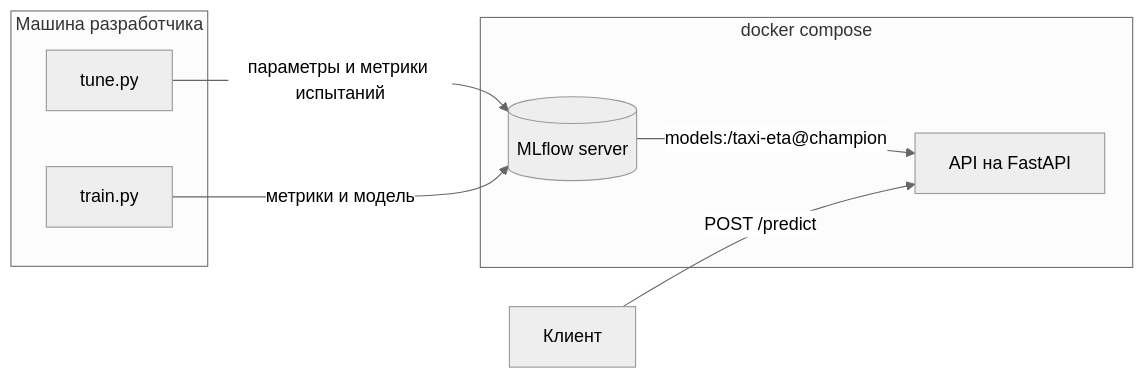
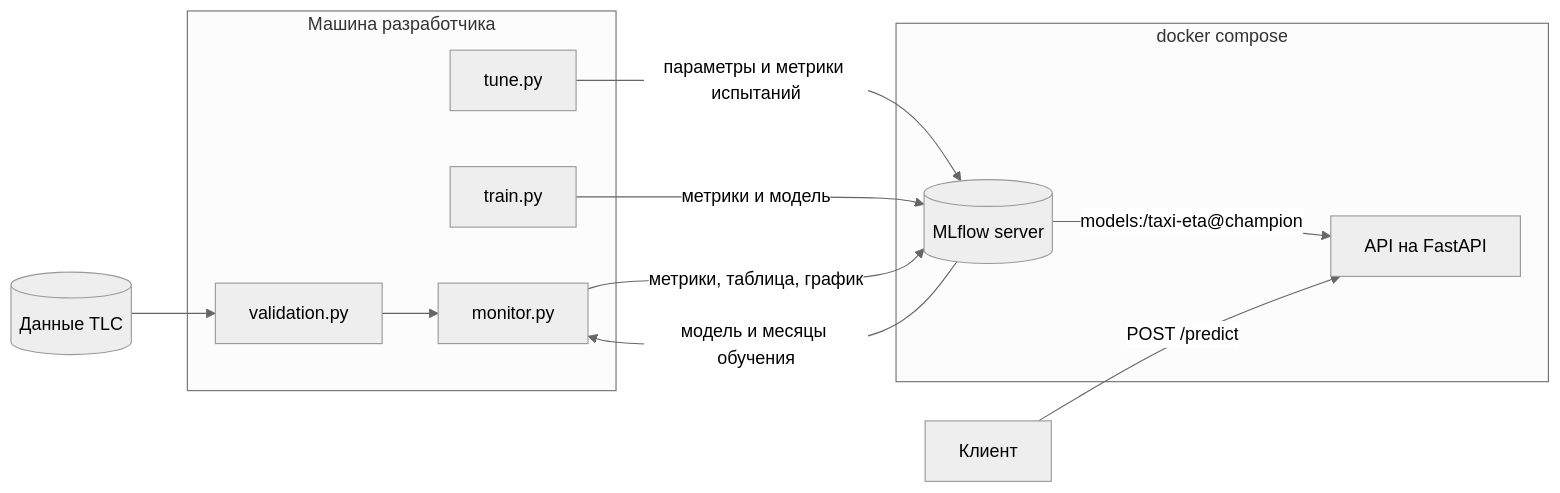
The diagram in README.md (purringcoal/nyc-taxi-eta), drawn with Mermaid (neutral theme) before and after one commit. The commit also changed other lines of this file and 15 other files, not shown here.

````diff
--- a/README.md
+++ b/README.md
@@ -51,15 +80,21 @@
 ```mermaid
 flowchart LR
     subgraph local[Машина разработчика]
+        V[validation.py]
         T[tune.py]
         D[train.py]
+        MON[monitor.py]
     end
     subgraph compose[docker compose]
         M[(MLflow server)]
         A[API на FastAPI]
     end
+    R[(Данные TLC)] --> V
+    V --> MON
     T -- параметры и метрики испытаний --> M
     D -- метрики и модель --> M
     M -- models:/taxi-eta@champion --> A
+    M -- модель и месяцы обучения --> MON
+    MON -- метрики, таблица, график --> M
     U[Клиент] -- POST /predict --> A
 ```
````
